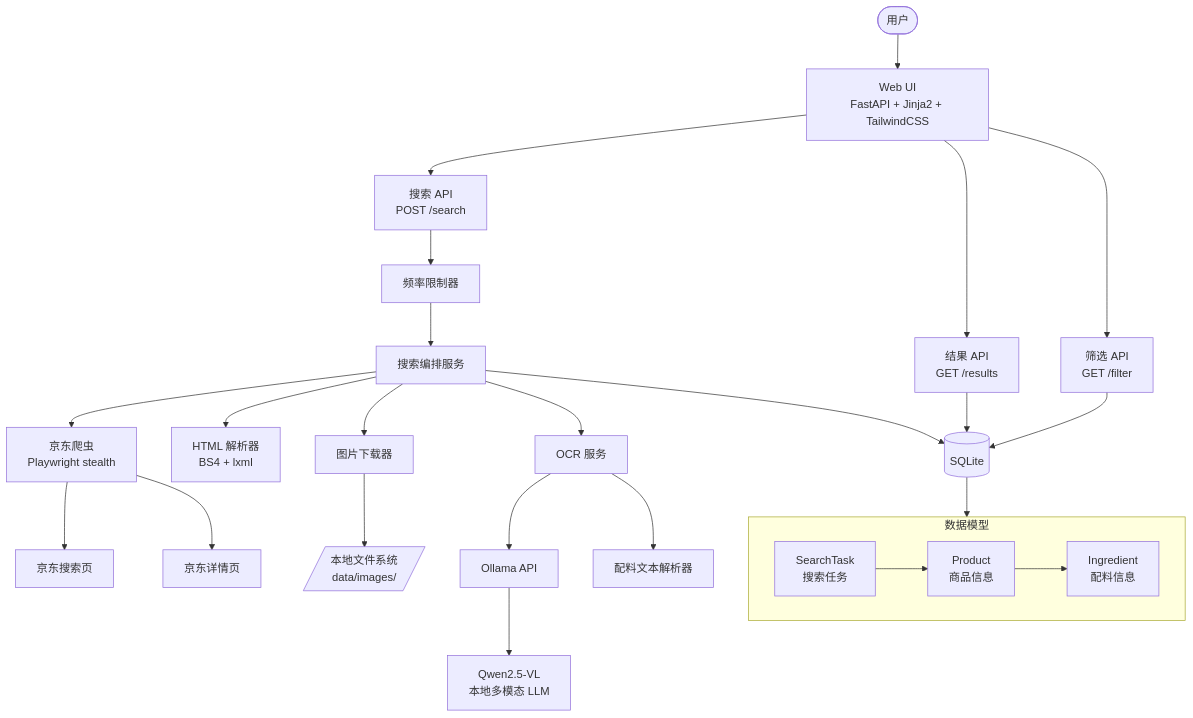
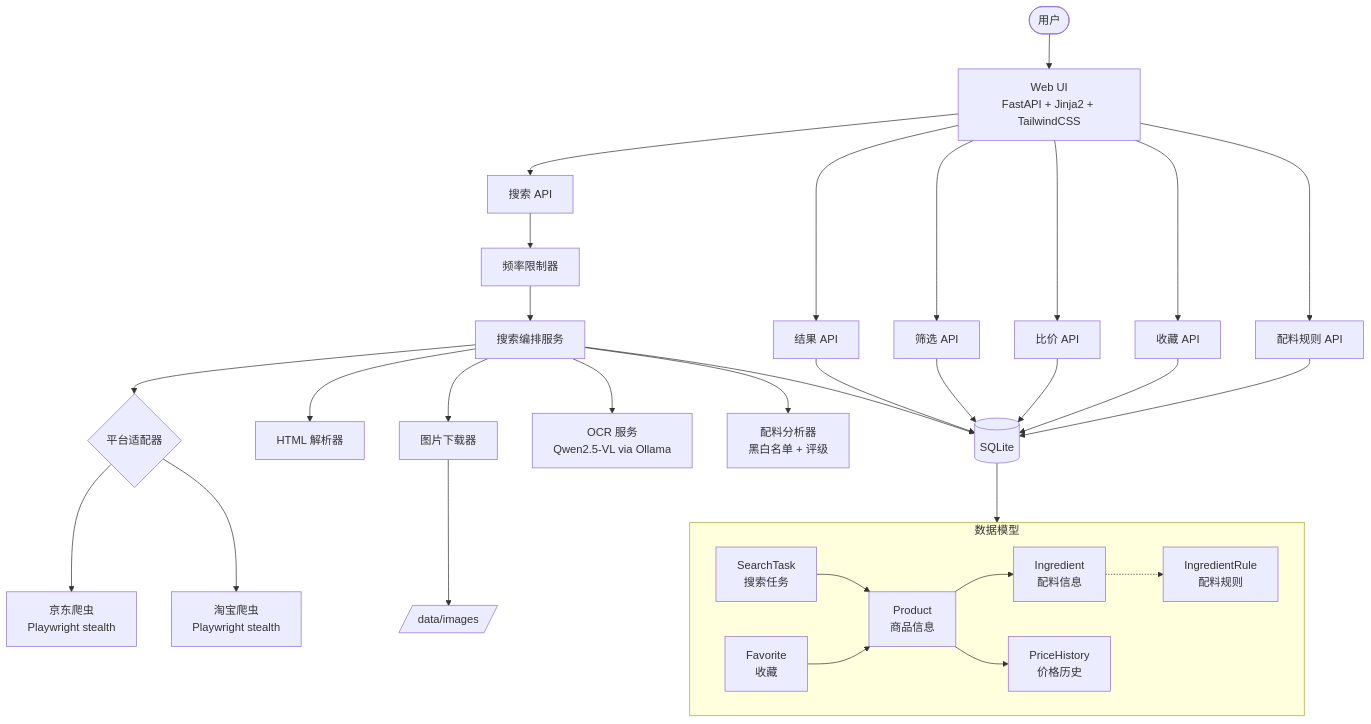
Before and after one commit to ryanlxb/Shopping-assist: the diagram in docs/architecture/graphs/system_design.mmd, drawn with Mermaid. The commit also changed 13 other files, not shown here.

```diff
--- a/docs/architecture/graphs/system_design.mmd
+++ b/docs/architecture/graphs/system_design.mmd
@@ -1,38 +1,46 @@
 graph TD
     User([用户]) --> WebUI[Web UI<br/>FastAPI + Jinja2 + TailwindCSS]
 
-    WebUI --> SearchAPI[搜索 API<br/>POST /search]
-    WebUI --> ResultsAPI[结果 API<br/>GET /results]
-    WebUI --> FilterAPI[筛选 API<br/>GET /filter]
+    WebUI --> SearchAPI[搜索 API]
+    WebUI --> ResultsAPI[结果 API]
+    WebUI --> FilterAPI[筛选 API]
+    WebUI --> CompareAPI[比价 API]
+    WebUI --> FavoriteAPI[收藏 API]
+    WebUI --> IngredientRuleAPI[配料规则 API]
 
     SearchAPI --> RateLimiter[频率限制器]
     RateLimiter --> SearchService[搜索编排服务]
 
-    SearchService --> JDScraper[京东爬虫<br/>Playwright stealth]
-    JDScraper --> JDSearch[京东搜索页]
-    JDScraper --> JDDetail[京东详情页]
+    SearchService --> PlatformAdapter{平台适配器}
+    PlatformAdapter --> JDScraper[京东爬虫<br/>Playwright stealth]
+    PlatformAdapter --> TBScraper[淘宝爬虫<br/>Playwright stealth]
 
-    SearchService --> HTMLParser[HTML 解析器<br/>BS4 + lxml]
+    SearchService --> HTMLParser[HTML 解析器]
     SearchService --> ImageDL[图片下载器]
-    SearchService --> OCRService[OCR 服务]
-
-    OCRService --> Ollama[Ollama API]
-    Ollama --> QwenVL[Qwen2.5-VL<br/>本地多模态 LLM]
-
-    OCRService --> IngredientParser[配料文本解析器]
+    SearchService --> OCRService[OCR 服务<br/>Qwen2.5-VL via Ollama]
+    SearchService --> IngredientAnalyzer[配料分析器<br/>黑白名单 + 评级]
 
     SearchService --> DB[(SQLite)]
     ResultsAPI --> DB
     FilterAPI --> DB
+    CompareAPI --> DB
+    FavoriteAPI --> DB
+    IngredientRuleAPI --> DB
 
-    ImageDL --> LocalFS[/本地文件系统<br/>data/images//]
+    ImageDL --> LocalFS[/data/images/]
 
     subgraph 数据模型
         SearchTask[SearchTask<br/>搜索任务]
         Product[Product<br/>商品信息]
         Ingredient[Ingredient<br/>配料信息]
+        PriceHistory[PriceHistory<br/>价格历史]
+        IngredientRule[IngredientRule<br/>配料规则]
+        Favorite[Favorite<br/>收藏]
         SearchTask --> Product
         Product --> Ingredient
+        Product --> PriceHistory
+        Ingredient -.-> IngredientRule
+        Favorite --> Product
     end
 
     DB --> 数据模型
```
